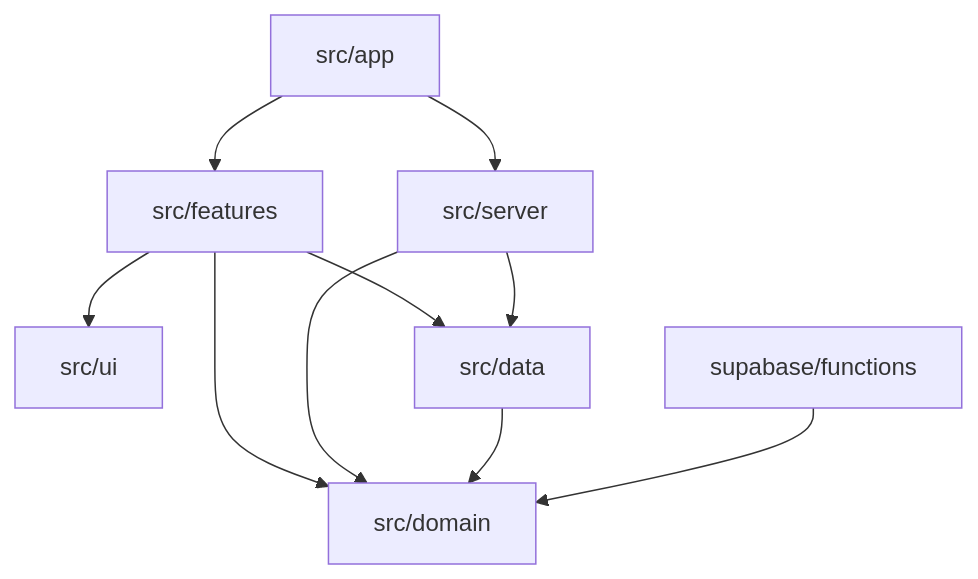
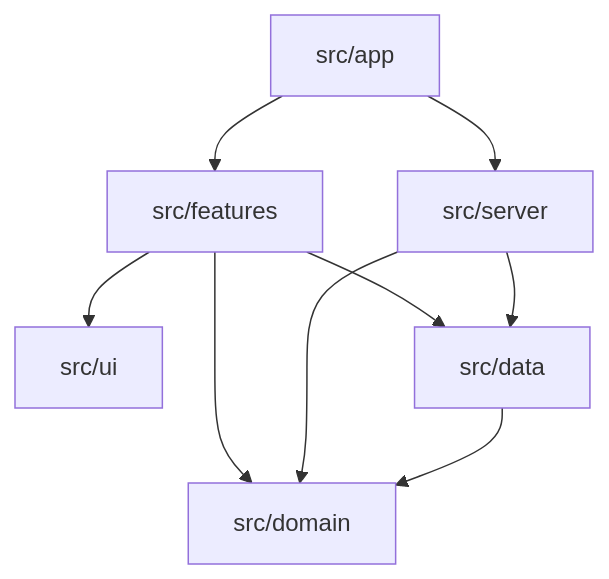
One commit to rafaelrabelodasilva/conta-comigo changed the first of 3 diagrams in _bmad-output/planning-artifacts/architecture/architecture-conta-comigo-2026-11-01/ARCHITECTURE-SPINE.md. Above: the diagram before and after it, drawn with Mermaid. The commit also changed other lines of this file and 1 other file, not shown here.

````diff
--- a/_bmad-output/planning-artifacts/architecture/architecture-conta-comigo-2026-11-01/ARCHITECTURE-SPINE.md
+++ b/_bmad-output/planning-artifacts/architecture/architecture-conta-comigo-2026-11-01/ARCHITECTURE-SPINE.md
@@ -35,12 +34,11 @@
 ```mermaid
 graph TD
   app[src/app] --> features[src/features]
   app --> server[src/server]
   features --> ui[src/ui]
   features --> data[src/data]
   features --> domain[src/domain]
   server --> data
   server --> domain
   data --> domain
-  edge[supabase/functions] --> domain
 ```
````
